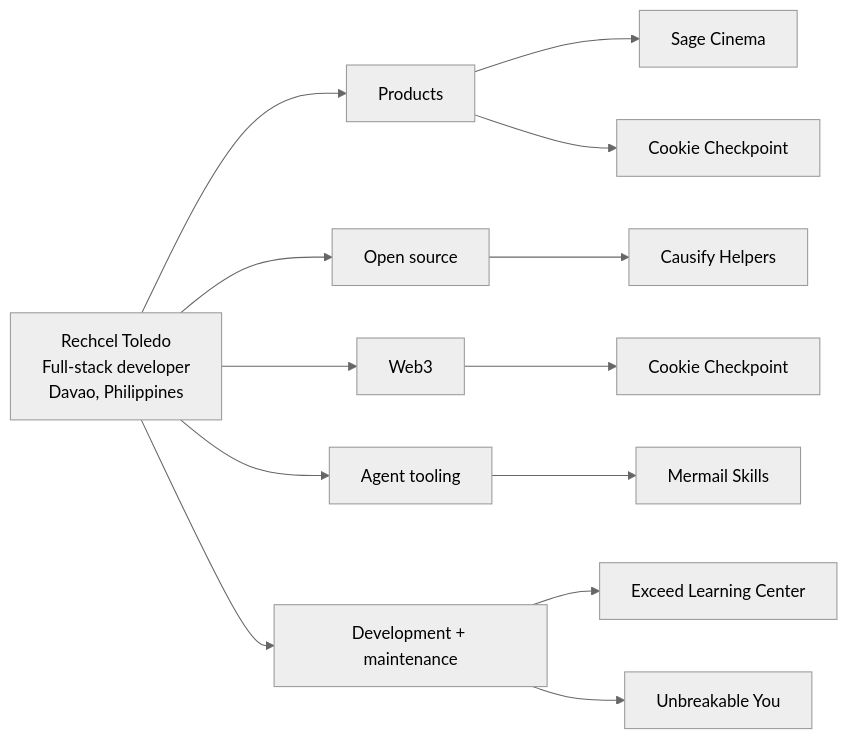
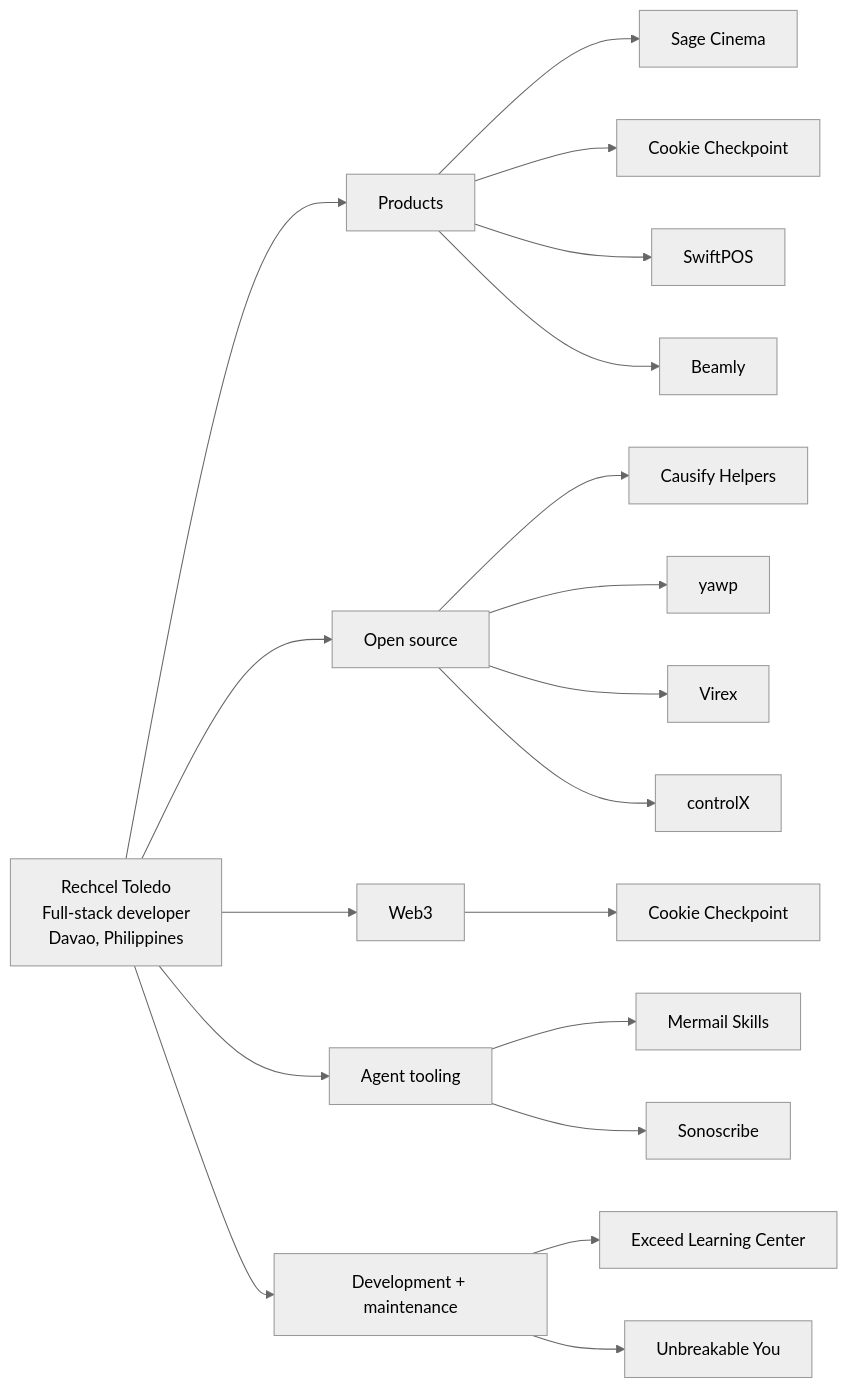
Before and after one commit to phcodesage/phcodesage.github.io: the diagram in README.md, drawn with Mermaid (neutral theme). The commit also changed other lines of this file and 2 other files, not shown here.

````diff
--- a/README.md
+++ b/README.md
@@ -32,16 +44,22 @@
 ```mermaid
 flowchart LR
     R[Rechcel Toledo<br/>Full-stack developer<br/>Davao, Philippines]
     R --> P[Products]
     R --> O[Open source]
     R --> W[Web3]
     R --> A[Agent tooling]
     R --> M[Development + maintenance]
     P --> P1[Sage Cinema]
     P --> P2[Cookie Checkpoint]
     O --> O1[Causify Helpers]
     W --> W1[Cookie Checkpoint]
     A --> A1[Mermail Skills]
+    A --> A2[Sonoscribe]
     M --> M1[Exceed Learning Center]
     M --> M2[Unbreakable You]
+    P --> P3[SwiftPOS]
+    P --> P4[Beamly]
+    O --> O2[yawp]
+    O --> O3[Virex]
+    O --> O4[controlX]
 ```
````
